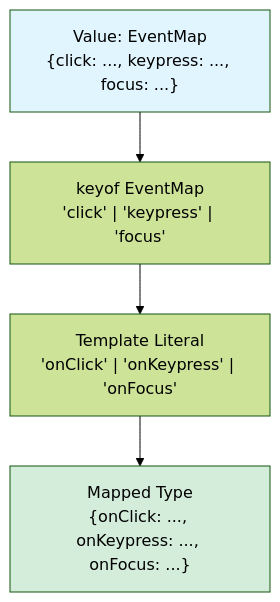
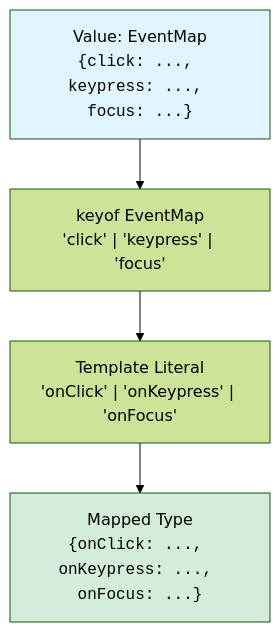
The diagram in content/learn/typescript-from-scratch/keyof-typeof-template-literals.mdx (dataslope/dataslope), drawn with Mermaid (forest theme) before and after one commit. The commit also changed 100 other files, not shown here.

First line of the commit message:
Wrap more code in diagram labels: filenames, hex, assignments, subgraph titles

````diff
--- a/content/learn/typescript-from-scratch/keyof-typeof-template-literals.mdx
+++ b/content/learn/typescript-from-scratch/keyof-typeof-template-literals.mdx
@@ -236,8 +236,8 @@
 ```mermaid
 graph TD
-    A["Value: EventMap<br/>{click: ..., keypress: ..., focus: ...}"] --> B["keyof EventMap<br/>'click' | 'keypress' | 'focus'"]
+    A["Value: EventMap<br/><code>{click: ..., keypress: ..., focus: ...}</code>"] --> B["keyof EventMap<br/>'click' | 'keypress' | 'focus'"]
     B --> C["Template Literal<br/>'onClick' | 'onKeypress' | 'onFocus'"]
-    C --> D["Mapped Type<br/>{onClick: ..., onKeypress: ..., onFocus: ...}"]
+    C --> D["Mapped Type<br/><code>{onClick: ..., onKeypress: ..., onFocus: ...}</code>"]
     style A fill:#e1f5ff
     style D fill:#d4edda
 ```
````
